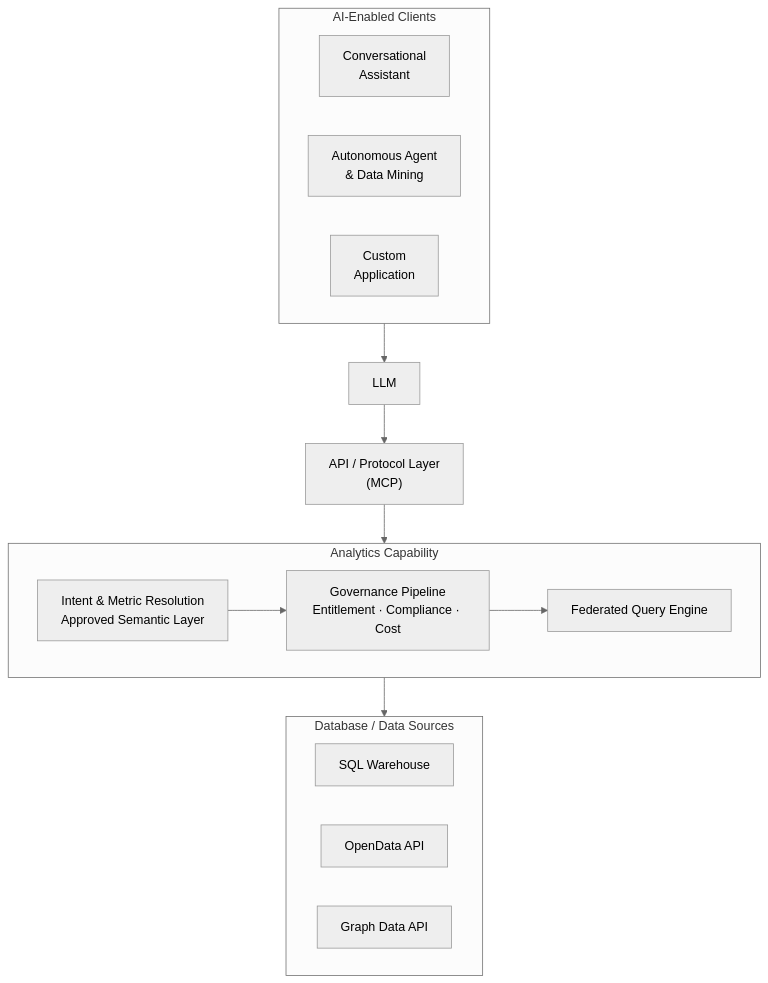
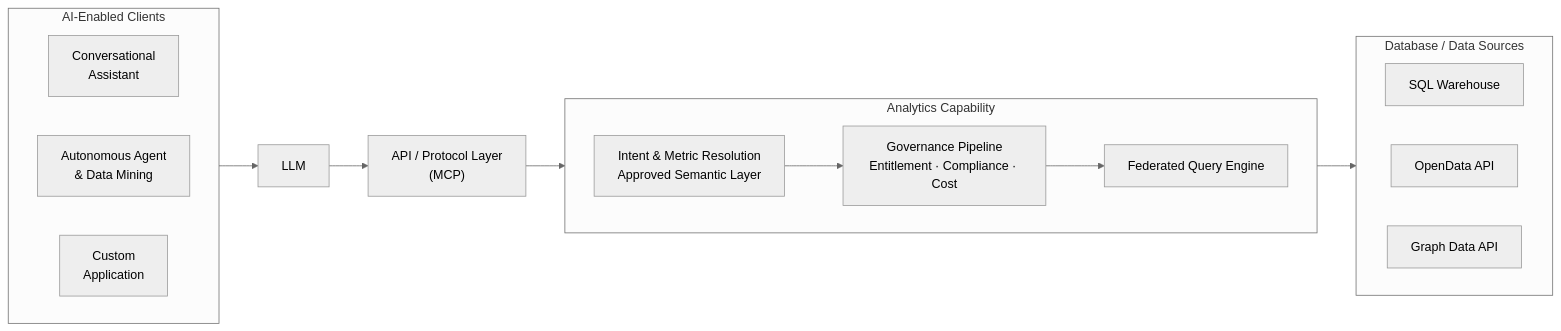
The second of 2 diagrams in docs/product/analytics/00-overview.md (M-A-Operating-System/shared-work), drawn with Mermaid (neutral theme) before and after one commit. The commit also changed other lines of this file, not shown here.

Commit message:
docs(analytics): change both comparison diagrams from flowchart TB to LR
https://claude.ai/code/session_012QCrGCsT9RdYkxWu5xzNAh

````diff
--- a/docs/product/analytics/00-overview.md
+++ b/docs/product/analytics/00-overview.md
@@ -142,29 +142,29 @@
 ```mermaid
-flowchart TB
+flowchart LR
     subgraph clients["AI-Enabled Clients"]
         direction LR
         C1["Conversational\nAssistant"]
         C2["Autonomous Agent\n& Data Mining"]
         C3["Custom\nApplication"]
     end
     L["LLM"]
     M["API / Protocol Layer\n(MCP)"]
     subgraph platform["Analytics Capability"]
         direction LR
         P1["Intent & Metric Resolution\nApproved Semantic Layer"]
         P2["Governance Pipeline\nEntitlement · Compliance · Cost"]
         P3["Federated Query Engine"]
     end
     subgraph data["Database / Data Sources"]
         direction LR
         D1["SQL Warehouse"]
         D2["OpenData API"]
         D3["Graph Data API"]
     end
     clients --> L
     L --> M
     M --> P1
     P1 --> P2
     P2 --> P3
     P3 --> data
 ```
````
